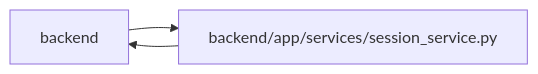
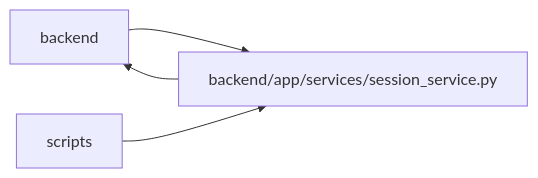
Before and after one commit to Denissvgn/WorkChord: the diagram in docs/llm_wiki/modules/session_service.md, drawn with Mermaid. The commit also changed other lines of this file and 6624 other files, not shown here.

````diff
--- a/docs/llm_wiki/modules/session_service.md
+++ b/docs/llm_wiki/modules/session_service.md
@@ -38,8 +38,10 @@
 ```mermaid
 flowchart LR
     n0["backend"]
     n1["backend/app/services/session_service.py"]
+    n2["scripts"]
     n0 --> n1
     n1 --> n0
+    n2 --> n1
     click n1 "../modules/session_service.md"
 ```
````
